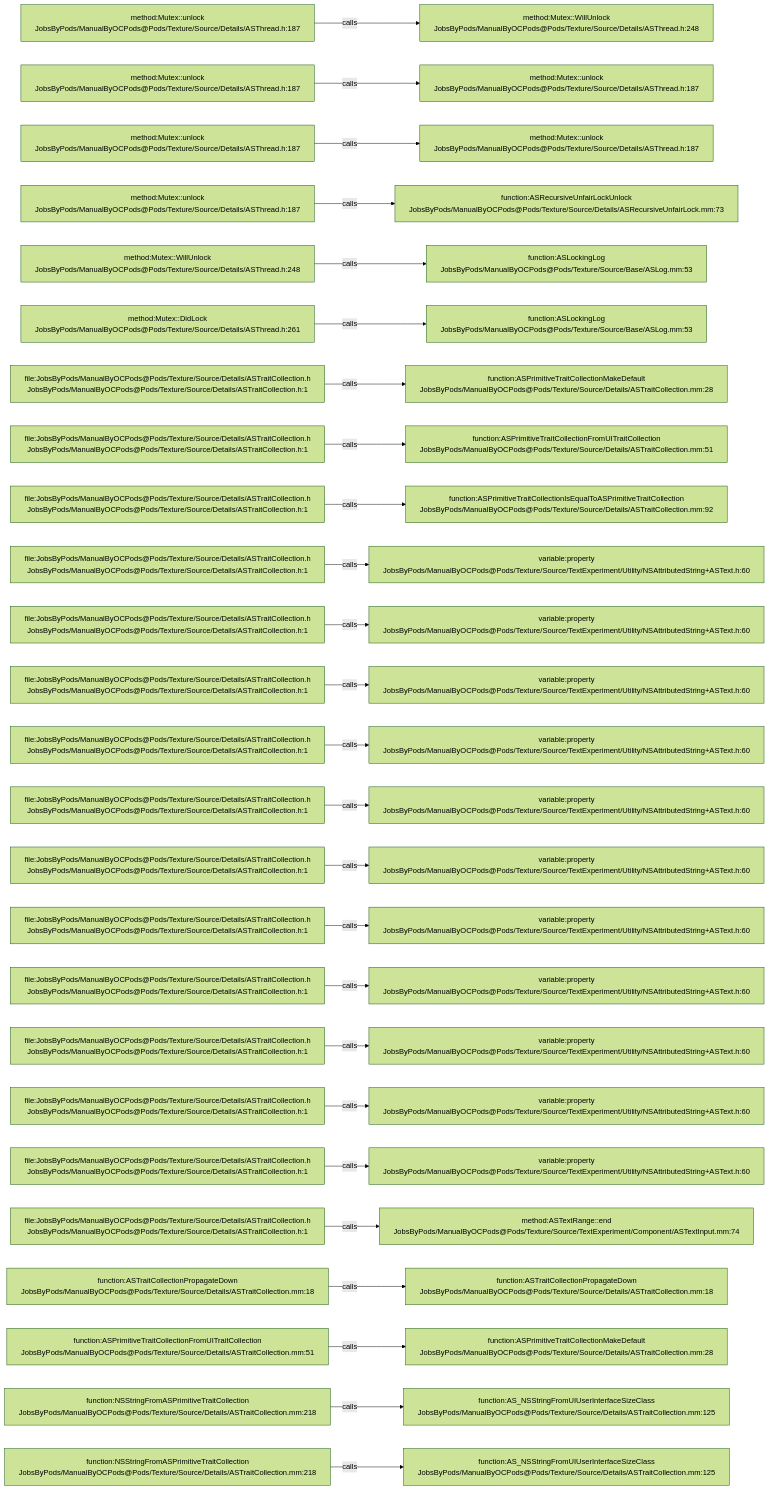
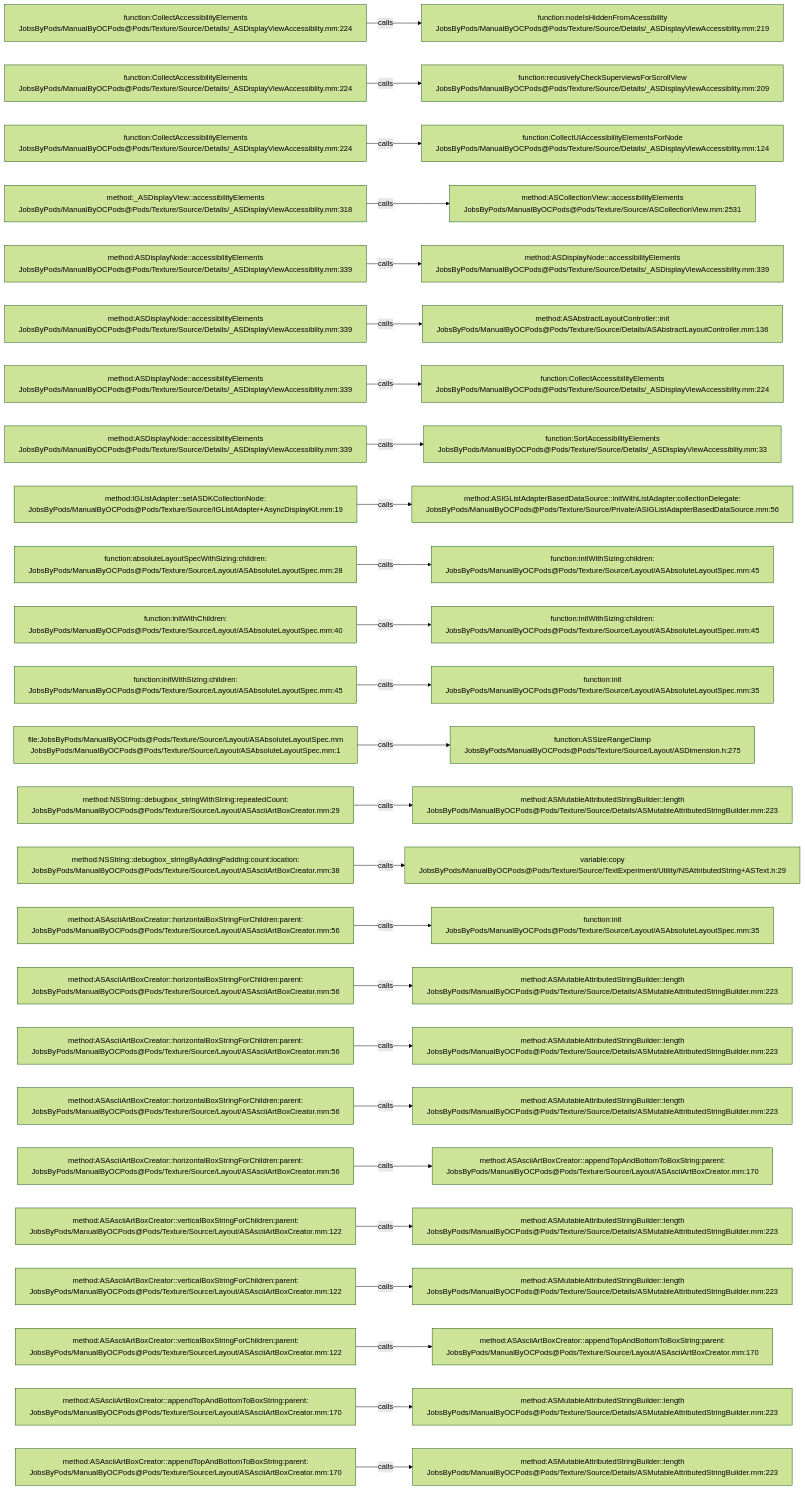
Before and after one commit to JobsKits/JobsOCBaseConfigDemo: the diagram in .codegraph/codegraph.md/graphs/calls-158.md, drawn with Mermaid (forest theme). The commit also changed 2723 other files, not shown here.

````diff
--- a/.codegraph/codegraph.md/graphs/calls-158.md
+++ b/.codegraph/codegraph.md/graphs/calls-158.md
@@ -13,78 +13,78 @@
 ```mermaid
 flowchart LR
-  S1["method:Mutex::unlock<br/>JobsByPods/ManualByOCPods@Pods/Texture/Source/Details/ASThread.h:187"]
-  T1["method:Mutex::WillUnlock<br/>JobsByPods/ManualByOCPods@Pods/Texture/Source/Details/ASThread.h:248"]
+  S1["function:CollectAccessibilityElements<br/>JobsByPods/ManualByOCPods@Pods/Texture/Source/Details/_ASDisplayViewAccessiblity.mm:224"]
+  T1["function:nodeIsHiddenFromAcessibility<br/>JobsByPods/ManualByOCPods@Pods/Texture/Source/Details/_ASDisplayViewAccessiblity.mm:219"]
   S1 -->|calls| T1
-  S2["method:Mutex::unlock<br/>JobsByPods/ManualByOCPods@Pods/Texture/Source/Details/ASThread.h:187"]
-  T2["method:Mutex::unlock<br/>JobsByPods/ManualByOCPods@Pods/Texture/Source/Details/ASThread.h:187"]
+  S2["function:CollectAccessibilityElements<br/>JobsByPods/ManualByOCPods@Pods/Texture/Source/Details/_ASDisplayViewAccessiblity.mm:224"]
+  T2["function:recusivelyCheckSuperviewsForScrollView<br/>JobsByPods/ManualByOCPods@Pods/Texture/Source/Details/_ASDisplayViewAccessiblity.mm:209"]
   S2 -->|calls| T2
-  S3["method:Mutex::unlock<br/>JobsByPods/ManualByOCPods@Pods/Texture/Source/Details/ASThread.h:187"]
-  T3["method:Mutex::unlock<br/>JobsByPods/ManualByOCPods@Pods/Texture/Source/Details/ASThread.h:187"]
+  S3["function:CollectAccessibilityElements<br/>JobsByPods/ManualByOCPods@Pods/Texture/Source/Details/_ASDisplayViewAccessiblity.mm:224"]
+  T3["function:CollectUIAccessibilityElementsForNode<br/>JobsByPods/ManualByOCPods@Pods/Texture/Source/Details/_ASDisplayViewAccessiblity.mm:124"]
   S3 -->|calls| T3
-  S4["method:Mutex::unlock<br/>JobsByPods/ManualByOCPods@Pods/Texture/Source/Details/ASThread.h:187"]
-  T4["function:ASRecursiveUnfairLockUnlock<br/>JobsByPods/ManualByOCPods@Pods/Texture/Source/Details/ASRecursiveUnfairLock.mm:73"]
+  S4["method:_ASDisplayView::accessibilityElements<br/>JobsByPods/ManualByOCPods@Pods/Texture/Source/Details/_ASDisplayViewAccessiblity.mm:318"]
+  T4["method:ASCollectionView::accessibilityElements<br/>JobsByPods/ManualByOCPods@Pods/Texture/Source/ASCollectionView.mm:2531"]
   S4 -->|calls| T4
-  S5["method:Mutex::WillUnlock<br/>JobsByPods/ManualByOCPods@Pods/Texture/Source/Details/ASThread.h:248"]
-  T5["function:ASLockingLog<br/>JobsByPods/ManualByOCPods@Pods/Texture/Source/Base/ASLog.mm:53"]
+  S5["method:ASDisplayNode::accessibilityElements<br/>JobsByPods/ManualByOCPods@Pods/Texture/Source/Details/_ASDisplayViewAccessiblity.mm:339"]
+  T5["method:ASDisplayNode::accessibilityElements<br/>JobsByPods/ManualByOCPods@Pods/Texture/Source/Details/_ASDisplayViewAccessiblity.mm:339"]
   S5 -->|calls| T5
-  S6["method:Mutex::DidLock<br/>JobsByPods/ManualByOCPods@Pods/Texture/Source/Details/ASThread.h:261"]
-  T6["function:ASLockingLog<br/>JobsByPods/ManualByOCPods@Pods/Texture/Source/Base/ASLog.mm:53"]
+  S6["method:ASDisplayNode::accessibilityElements<br/>JobsByPods/ManualByOCPods@Pods/Texture/Source/Details/_ASDisplayViewAccessiblity.mm:339"]
+  T6["method:ASAbstractLayoutController::init<br/>JobsByPods/ManualByOCPods@Pods/Texture/Source/Details/ASAbstractLayoutController.mm:136"]
   S6 -->|calls| T6
-  S7["file:JobsByPods/ManualByOCPods@Pods/Texture/Source/Details/ASTraitCollection.h<br/>JobsByPods/ManualByOCPods@Pods/Texture/Source/Details/ASTraitCollection.h:1"]
-  T7["function:ASPrimitiveTraitCollectionMakeDefault<br/>JobsByPods/ManualByOCPods@Pods/Texture/Source/Details/ASTraitCollection.mm:28"]
+  S7["method:ASDisplayNode::accessibilityElements<br/>JobsByPods/ManualByOCPods@Pods/Texture/Source/Details/_ASDisplayViewAccessiblity.mm:339"]
+  T7["function:CollectAccessibilityElements<br/>JobsByPods/ManualByOCPods@Pods/Texture/Source/Details/_ASDisplayViewAccessiblity.mm:224"]
   S7 -->|calls| T7
-  S8["file:JobsByPods/ManualByOCPods@Pods/Texture/Source/Details/ASTraitCollection.h<br/>JobsByPods/ManualByOCPods@Pods/Texture/Source/Details/ASTraitCollection.h:1"]
-  T8["function:ASPrimitiveTraitCollectionFromUITraitCollection<br/>JobsByPods/ManualByOCPods@Pods/Texture/Source/Details/ASTraitCollection.mm:51"]
+  S8["method:ASDisplayNode::accessibilityElements<br/>JobsByPods/ManualByOCPods@Pods/Texture/Source/Details/_ASDisplayViewAccessiblity.mm:339"]
+  T8["function:SortAccessibilityElements<br/>JobsByPods/ManualByOCPods@Pods/Texture/Source/Details/_ASDisplayViewAccessiblity.mm:33"]
   S8 -->|calls| T8
-  S9["file:JobsByPods/ManualByOCPods@Pods/Texture/Source/Details/ASTraitCollection.h<br/>JobsByPods/ManualByOCPods@Pods/Texture/Source/Details/ASTraitCollection.h:1"]
-  T9["function:ASPrimitiveTraitCollectionIsEqualToASPrimitiveTraitCollection<br/>JobsByPods/ManualByOCPods@Pods/Texture/Source/Details/ASTraitCollection.mm:92"]
+  S9["method:IGListAdapter::setASDKCollectionNode:<br/>JobsByPods/ManualByOCPods@Pods/Texture/Source/IGListAdapter+AsyncDisplayKit.mm:19"]
+  T9["method:ASIGListAdapterBasedDataSource::initWithListAdapter:collectionDelegate:<br/>JobsByPods/ManualByOCPods@Pods/Texture/Source/Private/ASIGListAdapterBasedDataSource.mm:56"]
   S9 -->|calls| T9
-  S10["file:JobsByPods/ManualByOCPods@Pods/Texture/Source/Details/ASTraitCollection.h<br/>JobsByPods/ManualByOCPods@Pods/Texture/Source/Details/ASTraitCollection.h:1"]
-  T10["variable:property<br/>JobsByPods/ManualByOCPods@Pods/Texture/Source/TextExperiment/Utility/NSAttributedString+ASText.h:60"]
+  S10["function:absoluteLayoutSpecWithSizing:children:<br/>JobsByPods/ManualByOCPods@Pods/Texture/Source/Layout/ASAbsoluteLayoutSpec.mm:28"]
+  T10["function:initWithSizing:children:<br/>JobsByPods/ManualByOCPods@Pods/Texture/Source/Layout/ASAbsoluteLayoutSpec.mm:45"]
   S10 -->|calls| T10
-  S11["file:JobsByPods/ManualByOCPods@Pods/Texture/Source/Details/ASTraitCollection.h<br/>JobsByPods/ManualByOCPods@Pods/Texture/Source/Details/ASTraitCollection.h:1"]
-  T11["variable:property<br/>JobsByPods/ManualByOCPods@Pods/Texture/Source/TextExperiment/Utility/NSAttributedString+ASText.h:60"]
+  S11["function:initWithChildren:<br/>JobsByPods/ManualByOCPods@Pods/Texture/Source/Layout/ASAbsoluteLayoutSpec.mm:40"]
+  T11["function:initWithSizing:children:<br/>JobsByPods/ManualByOCPods@Pods/Texture/Source/Layout/ASAbsoluteLayoutSpec.mm:45"]
   S11 -->|calls| T11
-  S12["file:JobsByPods/ManualByOCPods@Pods/Texture/Source/Details/ASTraitCollection.h<br/>JobsByPods/ManualByOCPods@Pods/Texture/Source/Details/ASTraitCollection.h:1"]
-  T12["variable:property<br/>JobsByPods/ManualByOCPods@Pods/Texture/Source/TextExperiment/Utility/NSAttributedString+ASText.h:60"]
+  S12["function:initWithSizing:children:<br/>JobsByPods/ManualByOCPods@Pods/Texture/Source/Layout/ASAbsoluteLayoutSpec.mm:45"]
+  T12["function:init<br/>JobsByPods/ManualByOCPods@Pods/Texture/Source/Layout/ASAbsoluteLayoutSpec.mm:35"]
   S12 -->|calls| T12
-  S13["file:JobsByPods/ManualByOCPods@Pods/Texture/Source/Details/ASTraitCollection.h<br/>JobsByPods/ManualByOCPods@Pods/Texture/Source/Details/ASTraitCollection.h:1"]
-  T13["variable:property<br/>JobsByPods/ManualByOCPods@Pods/Texture/Source/TextExperiment/Utility/NSAttributedString+ASText.h:60"]
+  S13["file:JobsByPods/ManualByOCPods@Pods/Texture/Source/Layout/ASAbsoluteLayoutSpec.mm<br/>JobsByPods/ManualByOCPods@Pods/Texture/Source/Layout/ASAbsoluteLayoutSpec.mm:1"]
+  T13["function:ASSizeRangeClamp<br/>JobsByPods/ManualByOCPods@Pods/Texture/Source/Layout/ASDimension.h:275"]
   S13 -->|calls| T13
-  S14["file:JobsByPods/ManualByOCPods@Pods/Texture/Source/Details/ASTraitCollection.h<br/>JobsByPods/ManualByOCPods@Pods/Texture/Source/Details/ASTraitCollection.h:1"]
-  T14["variable:property<br/>JobsByPods/ManualByOCPods@Pods/Texture/Source/TextExperiment/Utility/NSAttributedString+ASText.h:60"]
+  S14["method:NSString::debugbox_stringWithString:repeatedCount:<br/>JobsByPods/ManualByOCPods@Pods/Texture/Source/Layout/ASAsciiArtBoxCreator.mm:29"]
+  T14["method:ASMutableAttributedStringBuilder::length<br/>JobsByPods/ManualByOCPods@Pods/Texture/Source/Details/ASMutableAttributedStringBuilder.mm:223"]
   S14 -->|calls| T14
-  S15["file:JobsByPods/ManualByOCPods@Pods/Texture/Source/Details/ASTraitCollection.h<br/>JobsByPods/ManualByOCPods@Pods/Texture/Source/Details/ASTraitCollection.h:1"]
-  T15["variable:property<br/>JobsByPods/ManualByOCPods@Pods/Texture/Source/TextExperiment/Utility/NSAttributedString+ASText.h:60"]
+  S15["method:NSString::debugbox_stringByAddingPadding:count:location:<br/>JobsByPods/ManualByOCPods@Pods/Texture/Source/Layout/ASAsciiArtBoxCreator.mm:38"]
+  T15["variable:copy<br/>JobsByPods/ManualByOCPods@Pods/Texture/Source/TextExperiment/Utility/NSAttributedString+ASText.h:29"]
   S15 -->|calls| T15
-  S16["file:JobsByPods/ManualByOCPods@Pods/Texture/Source/Details/ASTraitCollection.h<br/>JobsByPods/ManualByOCPods@Pods/Texture/Source/Details/ASTraitCollection.h:1"]
-  T16["variable:property<br/>JobsByPods/ManualByOCPods@Pods/Texture/Source/TextExperiment/Utility/NSAttributedString+ASText.h:60"]
+  S16["method:ASAsciiArtBoxCreator::horizontalBoxStringForChildren:parent:<br/>JobsByPods/ManualByOCPods@Pods/Texture/Source/Layout/ASAsciiArtBoxCreator.mm:56"]
+  T16["function:init<br/>JobsByPods/ManualByOCPods@Pods/Texture/Source/Layout/ASAbsoluteLayoutSpec.mm:35"]
   S16 -->|calls| T16
-  S17["file:JobsByPods/ManualByOCPods@Pods/Texture/Source/Details/ASTraitCollection.h<br/>JobsByPods/ManualByOCPods@Pods/Texture/Source/Details/ASTraitCollection.h:1"]
-  T17["variable:property<br/>JobsByPods/ManualByOCPods@Pods/Texture/Source/TextExperiment/Utility/NSAttributedString+ASText.h:60"]
+  S17["method:ASAsciiArtBoxCreator::horizontalBoxStringForChildren:parent:<br/>JobsByPods/ManualByOCPods@Pods/Texture/Source/Layout/ASAsciiArtBoxCreator.mm:56"]
+  T17["method:ASMutableAttributedStringBuilder::length<br/>JobsByPods/ManualByOCPods@Pods/Texture/Source/Details/ASMutableAttributedStringBuilder.mm:223"]
   S17 -->|calls| T17
-  S18["file:JobsByPods/ManualByOCPods@Pods/Texture/Source/Details/ASTraitCollection.h<br/>JobsByPods/ManualByOCPods@Pods/Texture/Source/Details/ASTraitCollection.h:1"]
-  T18["variable:property<br/>JobsByPods/ManualByOCPods@Pods/Texture/Source/TextExperiment/Utility/NSAttributedString+ASText.h:60"]
+  S18["method:ASAsciiArtBoxCreator::horizontalBoxStringForChildren:parent:<br/>JobsByPods/ManualByOCPods@Pods/Texture/Source/Layout/ASAsciiArtBoxCreator.mm:56"]
+  T18["method:ASMutableAttributedStringBuilder::length<br/>JobsByPods/ManualByOCPods@Pods/Texture/Source/Details/ASMutableAttributedStringBuilder.mm:223"]
   S18 -->|calls| T18
-  S19["file:JobsByPods/ManualByOCPods@Pods/Texture/Source/Details/ASTraitCollection.h<br/>JobsByPods/ManualByOCPods@Pods/Texture/Source/Details/ASTraitCollection.h:1"]
-  T19["variable:property<br/>JobsByPods/ManualByOCPods@Pods/Texture/Source/TextExperiment/Utility/NSAttributedString+ASText.h:60"]
+  S19["method:ASAsciiArtBoxCreator::horizontalBoxStringForChildren:parent:<br/>JobsByPods/ManualByOCPods@Pods/Texture/Source/Layout/ASAsciiArtBoxCreator.mm:56"]
+  T19["method:ASMutableAttributedStringBuilder::length<br/>JobsByPods/ManualByOCPods@Pods/Texture/Source/Details/ASMutableAttributedStringBuilder.mm:223"]
   S19 -->|calls| T19
-  S20["file:JobsByPods/ManualByOCPods@Pods/Texture/Source/Details/ASTraitCollection.h<br/>JobsByPods/ManualByOCPods@Pods/Texture/Source/Details/ASTraitCollection.h:1"]
-  T20["variable:property<br/>JobsByPods/ManualByOCPods@Pods/Texture/Source/TextExperiment/Utility/NSAttributedString+ASText.h:60"]
+  S20["method:ASAsciiArtBoxCreator::horizontalBoxStringForChildren:parent:<br/>JobsByPods/ManualByOCPods@Pods/Texture/Source/Layout/ASAsciiArtBoxCreator.mm:56"]
+  T20["method:ASAsciiArtBoxCreator::appendTopAndBottomToBoxString:parent:<br/>JobsByPods/ManualByOCPods@Pods/Texture/Source/Layout/ASAsciiArtBoxCreator.mm:170"]
   S20 -->|calls| T20
-  S21["file:JobsByPods/ManualByOCPods@Pods/Texture/Source/Details/ASTraitCollection.h<br/>JobsByPods/ManualByOCPods@Pods/Texture/Source/Details/ASTraitCollection.h:1"]
-  T21["method:ASTextRange::end<br/>JobsByPods/ManualByOCPods@Pods/Texture/Source/TextExperiment/Component/ASTextInput.mm:74"]
+  S21["method:ASAsciiArtBoxCreator::verticalBoxStringForChildren:parent:<br/>JobsByPods/ManualByOCPods@Pods/Texture/Source/Layout/ASAsciiArtBoxCreator.mm:122"]
+  T21["method:ASMutableAttributedStringBuilder::length<br/>JobsByPods/ManualByOCPods@Pods/Texture/Source/Details/ASMutableAttributedStringBuilder.mm:223"]
   S21 -->|calls| T21
-  S22["function:ASTraitCollectionPropagateDown<br/>JobsByPods/ManualByOCPods@Pods/Texture/Source/Details/ASTraitCollection.mm:18"]
-  T22["function:ASTraitCollectionPropagateDown<br/>JobsByPods/ManualByOCPods@Pods/Texture/Source/Details/ASTraitCollection.mm:18"]
+  S22["method:ASAsciiArtBoxCreator::verticalBoxStringForChildren:parent:<br/>JobsByPods/ManualByOCPods@Pods/Texture/Source/Layout/ASAsciiArtBoxCreator.mm:122"]
+  T22["method:ASMutableAttributedStringBuilder::length<br/>JobsByPods/ManualByOCPods@Pods/Texture/Source/Details/ASMutableAttributedStringBuilder.mm:223"]
   S22 -->|calls| T22
-  S23["function:ASPrimitiveTraitCollectionFromUITraitCollection<br/>JobsByPods/ManualByOCPods@Pods/Texture/Source/Details/ASTraitCollection.mm:51"]
-  T23["function:ASPrimitiveTraitCollectionMakeDefault<br/>JobsByPods/ManualByOCPods@Pods/Texture/Source/Details/ASTraitCollection.mm:28"]
+  S23["method:ASAsciiArtBoxCreator::verticalBoxStringForChildren:parent:<br/>JobsByPods/ManualByOCPods@Pods/Texture/Source/Layout/ASAsciiArtBoxCreator.mm:122"]
+  T23["method:ASAsciiArtBoxCreator::appendTopAndBottomToBoxString:parent:<br/>JobsByPods/ManualByOCPods@Pods/Texture/Source/Layout/ASAsciiArtBoxCreator.mm:170"]
   S23 -->|calls| T23
-  S24["function:NSStringFromASPrimitiveTraitCollection<br/>JobsByPods/ManualByOCPods@Pods/Texture/Source/Details/ASTraitCollection.mm:218"]
-  T24["function:AS_NSStringFromUIUserInterfaceSizeClass<br/>JobsByPods/ManualByOCPods@Pods/Texture/Source/Details/ASTraitCollection.mm:125"]
+  S24["method:ASAsciiArtBoxCreator::appendTopAndBottomToBoxString:parent:<br/>JobsByPods/ManualByOCPods@Pods/Texture/Source/Layout/ASAsciiArtBoxCreator.mm:170"]
+  T24["method:ASMutableAttributedStringBuilder::length<br/>JobsByPods/ManualByOCPods@Pods/Texture/Source/Details/ASMutableAttributedStringBuilder.mm:223"]
   S24 -->|calls| T24
-  S25["function:NSStringFromASPrimitiveTraitCollection<br/>JobsByPods/ManualByOCPods@Pods/Texture/Source/Details/ASTraitCollection.mm:218"]
-  T25["function:AS_NSStringFromUIUserInterfaceSizeClass<br/>JobsByPods/ManualByOCPods@Pods/Texture/Source/Details/ASTraitCollection.mm:125"]
+  S25["method:ASAsciiArtBoxCreator::appendTopAndBottomToBoxString:parent:<br/>JobsByPods/ManualByOCPods@Pods/Texture/Source/Layout/ASAsciiArtBoxCreator.mm:170"]
+  T25["method:ASMutableAttributedStringBuilder::length<br/>JobsByPods/ManualByOCPods@Pods/Texture/Source/Details/ASMutableAttributedStringBuilder.mm:223"]
   S25 -->|calls| T25
 ```
````
